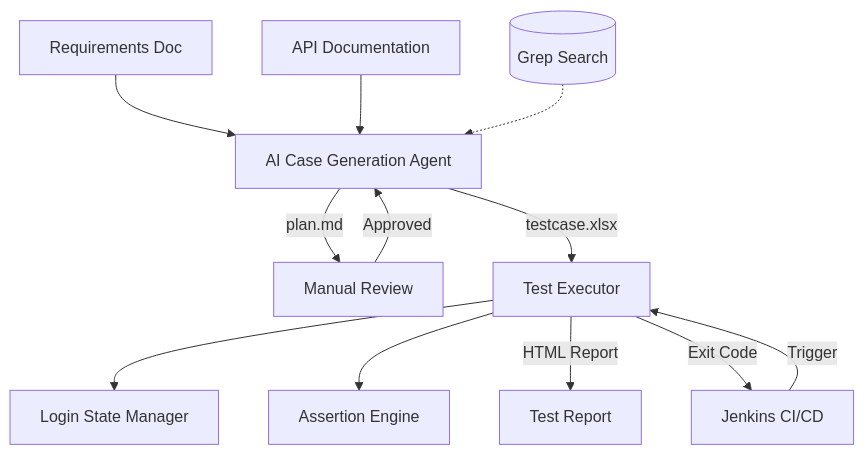
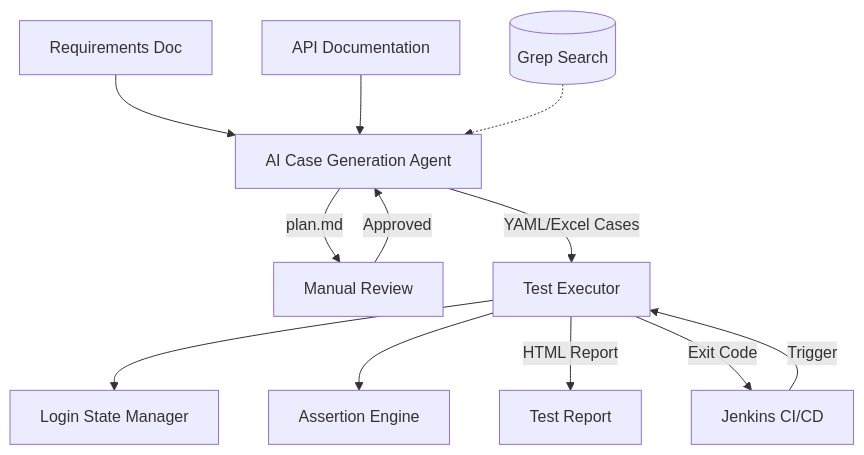
One commit to Remon-16/flow-forge changed the diagram in README.en.md. Above: the diagram before and after it, drawn with Mermaid. The commit also changed other lines of this file and 5 other files, not shown here.

````diff
--- a/README.en.md
+++ b/README.en.md
@@ -43,14 +47,14 @@
 ```mermaid
 graph TD
     REQ[Requirements Doc] --> AGENT[AI Case Generation Agent]
     API[API Documentation] --> AGENT
     KB[(Grep Search)] -.-> AGENT
     AGENT --> |plan.md| REVIEW[Manual Review]
     REVIEW --> |Approved| AGENT
-    AGENT --> |testcase.xlsx| EXEC[Test Executor]
+    AGENT --> |YAML/Excel Cases| EXEC[Test Executor]
     EXEC --> LM[Login State Manager]
     EXEC --> AE[Assertion Engine]
     EXEC --> |HTML Report| REPORT[Test Report]
     JENKINS[Jenkins CI/CD] --> |Trigger| EXEC
     EXEC --> |Exit Code| JENKINS
 ```
````
